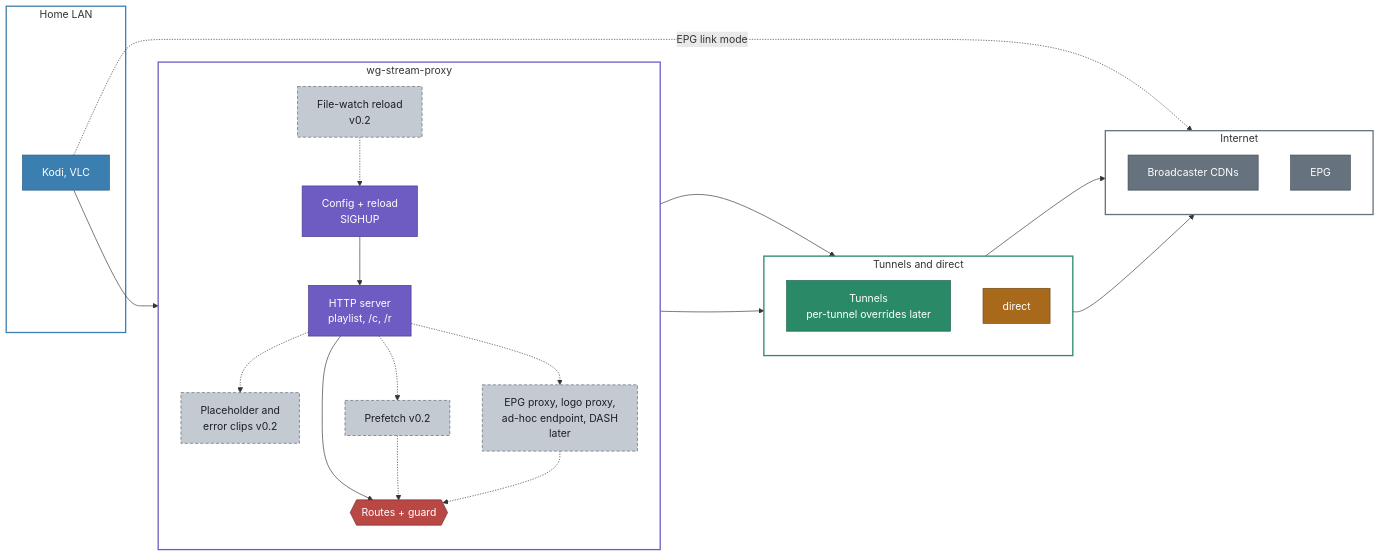
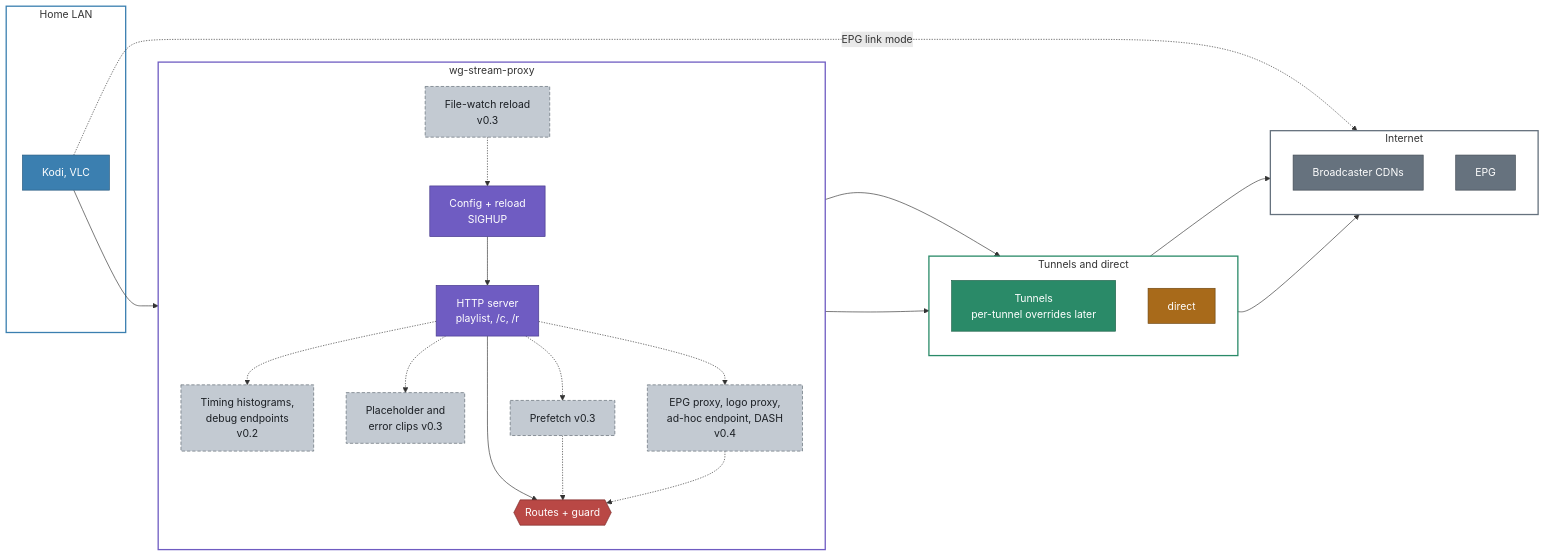
One commit to KingOfKalk/wg-stream-proxy changed diagram 16 of 17 in docs/architecture.md. Above: the diagram before and after it, drawn with Mermaid. The commit also changed other lines of this file and 3 other files, not shown here.

Commit message:
docs(spec): reorder the roadmap: v0.2 Observability, v0.3 Experience, v0.4 Content (#91)

````diff
--- a/docs/architecture.md
+++ b/docs/architecture.md
@@ -867,51 +869,53 @@
 ```mermaid
 flowchart LR
     subgraph lan["Home LAN"]
         players["Kodi, VLC"]:::lan
     end
     subgraph proxy["wg-stream-proxy"]
         direction TB
         ctl["Config + reload<br/>SIGHUP"]:::proxy
-        watch["File-watch reload<br/>v0.2"]:::later
+        watch["File-watch reload<br/>v0.3"]:::later
         srv["HTTP server<br/>playlist, /c, /r"]:::proxy
-        clips["Placeholder and<br/>error clips v0.2"]:::later
-        pre["Prefetch v0.2"]:::later
-        extra["EPG proxy, logo proxy,<br/>ad-hoc endpoint, DASH<br/>later"]:::later
+        obs["Timing histograms,<br/>debug endpoints<br/>v0.2"]:::later
+        clips["Placeholder and<br/>error clips v0.3"]:::later
+        pre["Prefetch v0.3"]:::later
+        extra["EPG proxy, logo proxy,<br/>ad-hoc endpoint, DASH<br/>v0.4"]:::later
         routes{{"Routes + guard"}}:::guard
     end
     subgraph nets["Tunnels and direct"]
         direction TB
         tun["Tunnels<br/>per-tunnel overrides later"]:::tunnel
         direct["direct"]:::direct
     end
     subgraph inet["Internet"]
         direction TB
         cdn["Broadcaster CDNs"]:::inet
         epg["EPG"]:::inet
     end
 
     players --> srv
     watch -.-> ctl
     ctl --> srv
+    srv -.-> obs
     srv -.-> clips
     srv -.-> pre
     srv -.-> extra
     srv --> routes
     pre -.-> routes
     extra -.-> routes
     routes --> tun & direct
     tun & direct --> cdn
     players -. "EPG link mode" .-> epg
 
     classDef lan fill:#3b7fb0,stroke:#24577d,color:#ffffff
     classDef proxy fill:#6f5cc2,stroke:#46398a,color:#ffffff
     classDef tunnel fill:#2a8a68,stroke:#1a5e46,color:#ffffff
     classDef direct fill:#a86a1a,stroke:#6e4511,color:#ffffff
     classDef inet fill:#66727e,stroke:#3f4851,color:#ffffff
     classDef guard fill:#b94845,stroke:#7a2c2a,color:#ffffff
     classDef later fill:#c3cad2,stroke:#5b6670,color:#1b1f24,stroke-dasharray:5 3
     style lan fill:none,stroke:#3b7fb0,stroke-width:2px
     style proxy fill:none,stroke:#6f5cc2,stroke-width:2px
     style nets fill:none,stroke:#2a8a68,stroke-width:2px
     style inet fill:none,stroke:#66727e,stroke-width:2px
 ```
````
